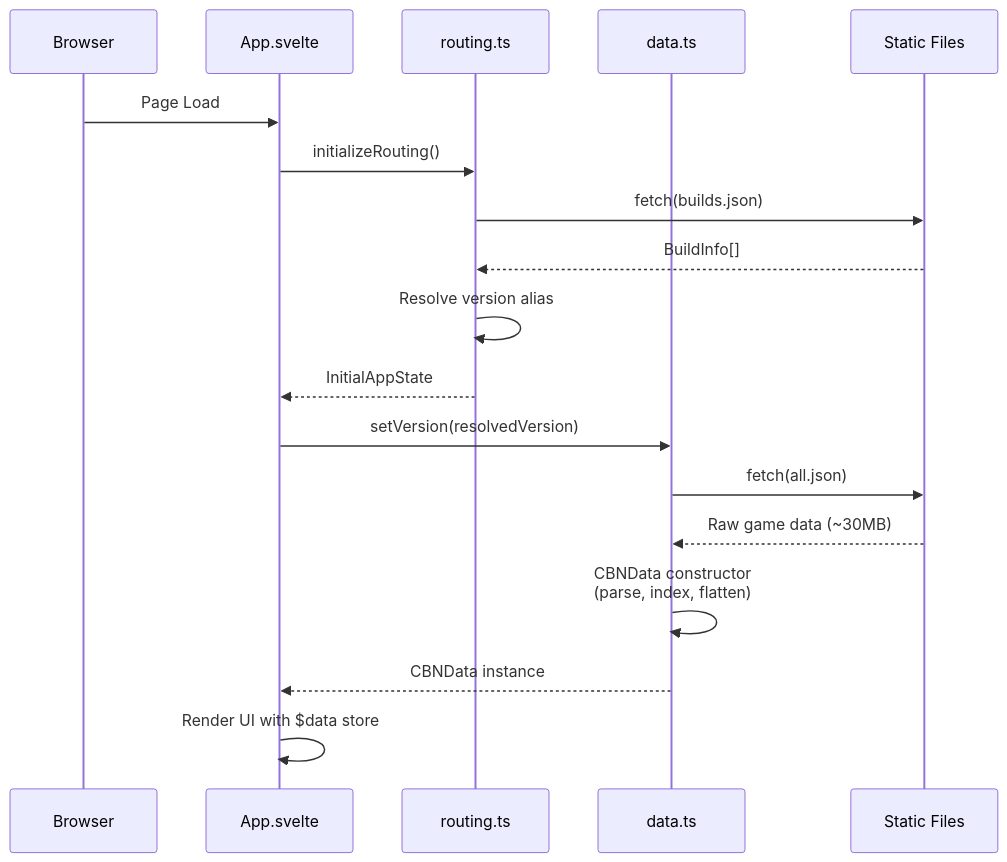
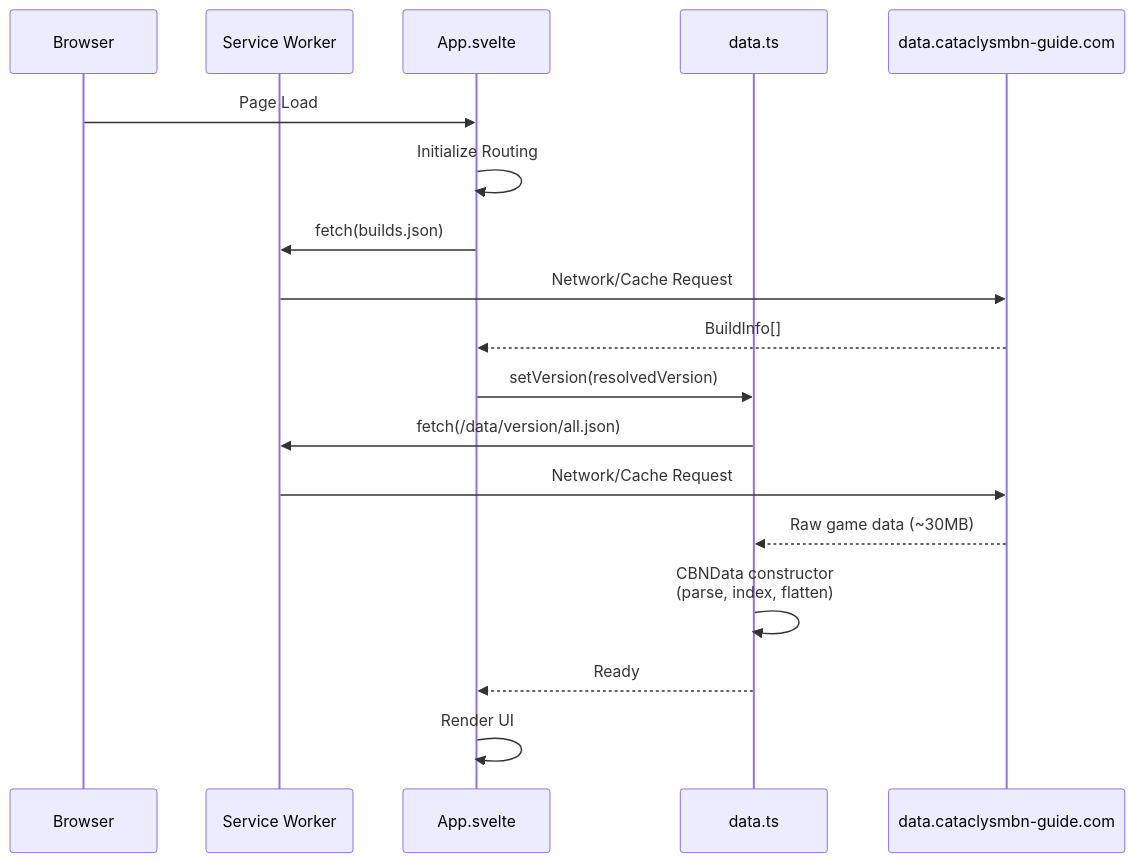
The fourth of 8 diagrams in docs/architecture.md (ushkinaz/cbn-guide), drawn with Mermaid before and after one commit. The commit also changed other lines of this file, not shown here.

Commit message:
docs(architecture): update architecture documentation to clarify system components, data flow, and caching strategies for better understanding

````diff
--- a/docs/architecture.md
+++ b/docs/architecture.md
@@ -98,23 +148,24 @@
 ```mermaid
 sequenceDiagram
     participant Browser
+    participant SW as Service Worker
     participant App as App.svelte
-    participant Routing as routing.ts
     participant Data as data.ts
-    participant Server as Static Files
+    participant Ext as data.cataclysmbn-guide.com
 
     Browser->>App: Page Load
-    App->>Routing: initializeRouting()
-    Routing->>Server: fetch(builds.json)
-    Server-->>Routing: BuildInfo[]
-    Routing->>Routing: Resolve version alias
-    Routing-->>App: InitialAppState
+    App->>App: Initialize Routing
+    App->>SW: fetch(builds.json)
+    SW->>Ext: Network/Cache Request
+    Ext-->>App: BuildInfo[]
 
     App->>Data: setVersion(resolvedVersion)
-    Data->>Server: fetch(all.json)
-    Server-->>Data: Raw game data (~30MB)
+    Data->>SW: fetch(/data/version/all.json)
+    SW->>Ext: Network/Cache Request
+    Ext-->>Data: Raw game data (~30MB)
+
     Data->>Data: CBNData constructor<br/>(parse, index, flatten)
-    Data-->>App: CBNData instance
+    Data-->>App: Ready
 
-    App->>App: Render UI with $data store
+    App->>App: Render UI
 ```
````
